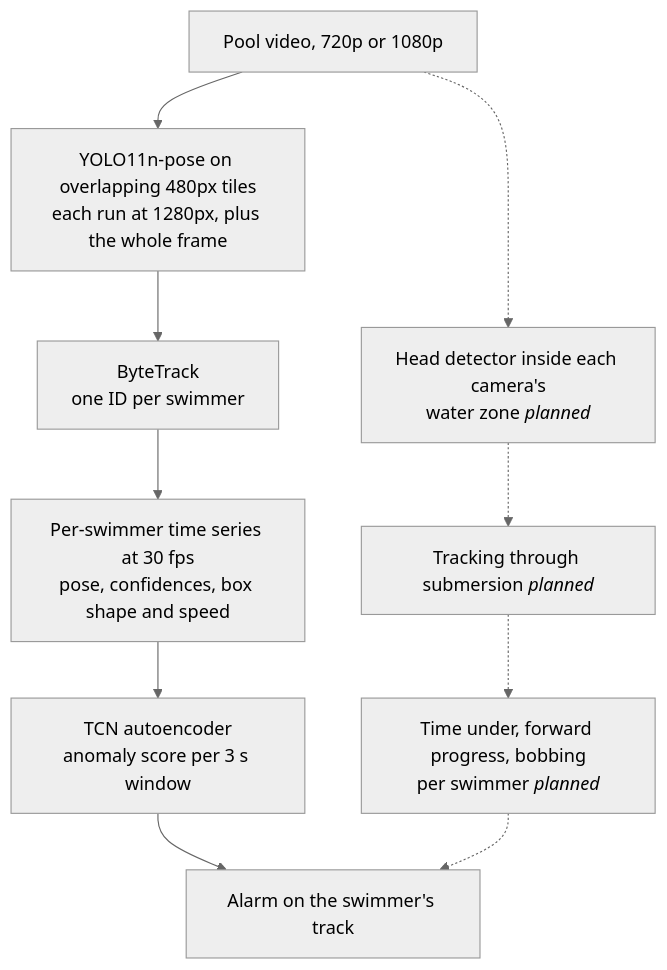
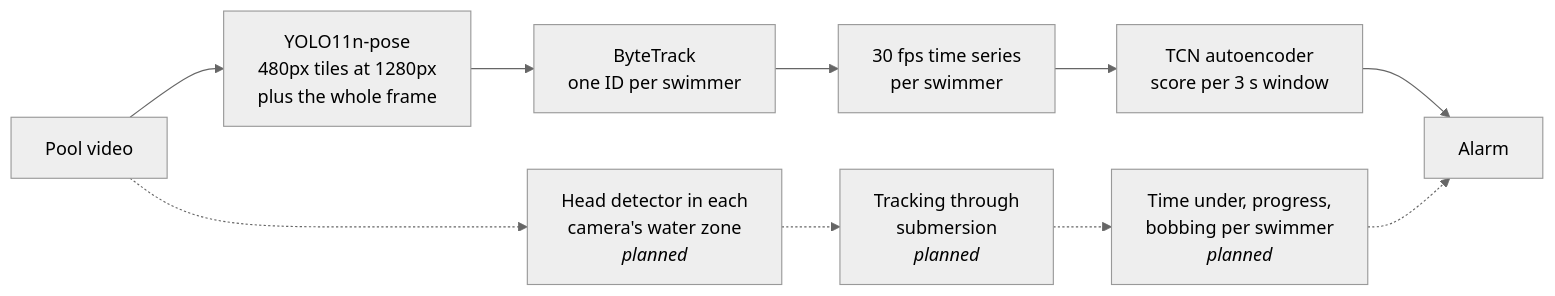
Before and after one commit to nickpearlstone/Hydro-Knight: the diagram in README.md, drawn with Mermaid (neutral theme).

Commit message:
README: left-to-right diagram so GitHub shows it whole

````diff
--- a/README.md
+++ b/README.md
@@ -23,12 +23,12 @@
 ```mermaid
-flowchart TD
-    A[Pool video, 720p or 1080p] --> B[YOLO11n-pose on overlapping 480px tiles<br/>each run at 1280px, plus the whole frame]
+flowchart LR
+    A[Pool video] --> B[YOLO11n-pose<br/>480px tiles at 1280px<br/>plus the whole frame]
     B --> C[ByteTrack<br/>one ID per swimmer]
-    C --> D[Per-swimmer time series at 30 fps<br/>pose, confidences, box shape and speed]
-    D --> E[TCN autoencoder<br/>anomaly score per 3 s window]
-    E --> F[Alarm on the swimmer's track]
-    A -.-> G[Head detector inside each camera's<br/>water zone <i>planned</i>]
-    G -.-> H[Tracking through submersion <i>planned</i>]
-    H -.-> I[Time under, forward progress, bobbing<br/>per swimmer <i>planned</i>]
+    C --> D[30 fps time series<br/>per swimmer]
+    D --> E[TCN autoencoder<br/>score per 3 s window]
+    E --> F[Alarm]
+    A -.-> G[Head detector in each<br/>camera's water zone<br/><i>planned</i>]
+    G -.-> H[Tracking through<br/>submersion<br/><i>planned</i>]
+    H -.-> I[Time under, progress,<br/>bobbing per swimmer<br/><i>planned</i>]
     I -.-> F
 ```
````
